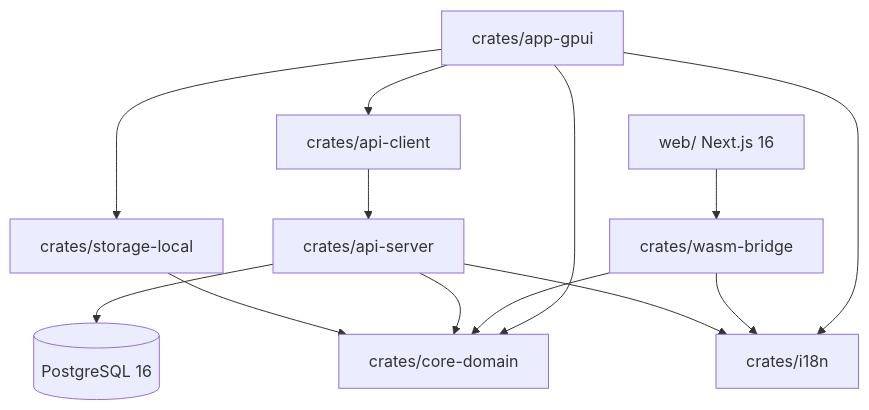
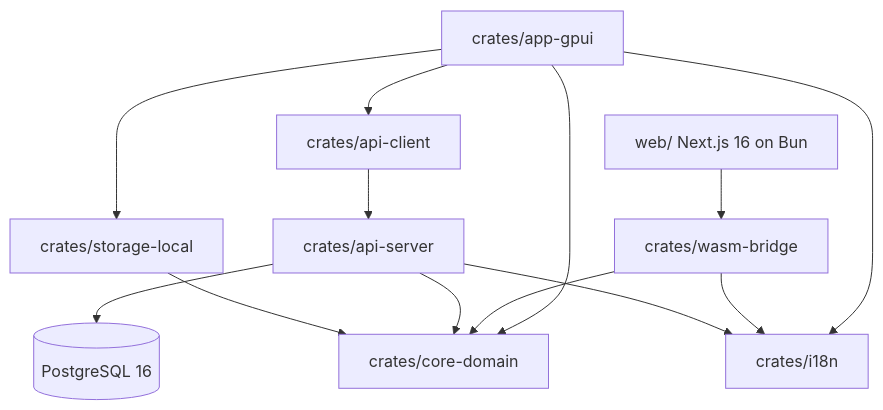
The diagram in .context/architecture-context.md (brunorwanda4/umuryango-ledger), drawn with Mermaid before and after one commit. The commit also changed other lines of this file and 11 other files, not shown here.

````diff
--- a/.context/architecture-context.md
+++ b/.context/architecture-context.md
@@ -50,18 +53,18 @@
 ```mermaid
 graph TD
     UI_GPUI[crates/app-gpui] --> Client[crates/api-client]
     UI_GPUI --> Storage[crates/storage-local]
     UI_GPUI --> Core[crates/core-domain]
     UI_GPUI --> I18N[crates/i18n]
 
-    Web[web/ Next.js 16] --> WASM[crates/wasm-bridge]
+    Web[web/ Next.js 16 on Bun] --> WASM[crates/wasm-bridge]
     WASM --> Core
     WASM --> I18N
 
     Server[crates/api-server] --> Core
     Server --> I18N
     Server --> DB[(PostgreSQL 16)]
 
     Client --> Server
     Storage --> Core
 ```
````
